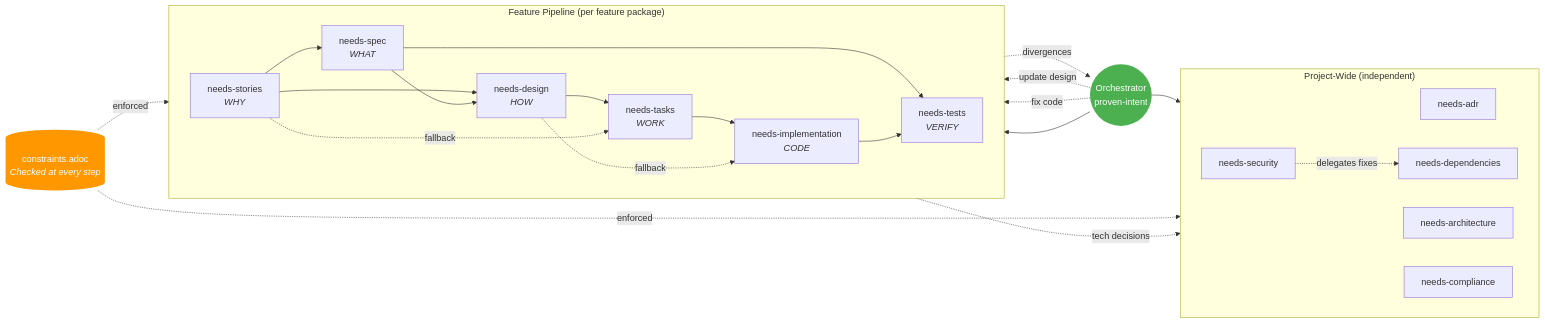
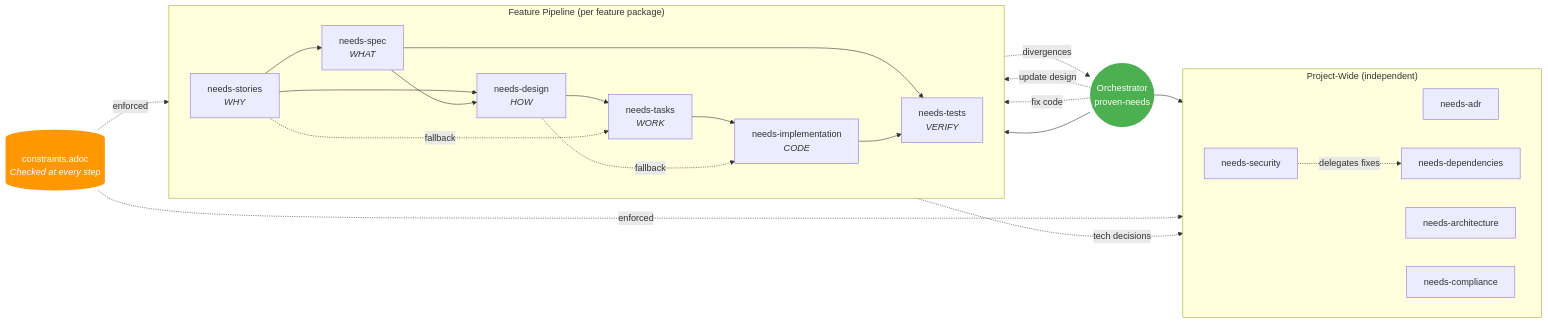
The second of 6 diagrams in README.md (provenimpact/proven-needs), drawn with Mermaid before and after one commit. The commit also changed other lines of this file and 14 other files, not shown here.

Commit message:
refactor: rename proven-intent to proven-needs

````diff
--- a/README.md
+++ b/README.md
@@ -54,46 +54,46 @@
 ```mermaid
 flowchart LR
     subgraph feature ["Feature Pipeline (per feature package)"]
         direction LR
         STORIES["needs-stories<br/><i>WHY</i>"]
         SPEC["needs-spec<br/><i>WHAT</i>"]
         DESIGN["needs-design<br/><i>HOW</i>"]
         TASKS["needs-tasks<br/><i>WORK</i>"]
         IMPL["needs-implementation<br/><i>CODE</i>"]
         TESTS["needs-tests<br/><i>VERIFY</i>"]
 
         STORIES --> SPEC
         STORIES --> DESIGN
         SPEC --> DESIGN
         DESIGN --> TASKS
         STORIES -.->|fallback| TASKS
         TASKS --> IMPL
         DESIGN -.->|fallback| IMPL
         SPEC --> TESTS
         IMPL --> TESTS
     end
 
     subgraph project ["Project-Wide (independent)"]
         direction LR
         ADR["needs-adr"]
         ARCH["needs-architecture"]
         DEPS["needs-dependencies"]
         SEC["needs-security"]
         COMP["needs-compliance"]
     end
 
-    INTENT((Orchestrator<br/>proven-intent)) --> feature
+    INTENT((Orchestrator<br/>proven-needs)) --> feature
     INTENT --> project
 
     DESIGN -.->|tech decisions| ADR
     SEC -.->|delegates fixes| DEPS
     IMPL -.->|divergences| INTENT
     INTENT -.->|update design| DESIGN
     INTENT -.->|fix code| IMPL
 
     CONSTRAINTS[("constraints.adoc<br/><i>Checked at every step</i>")] -.->|enforced| feature
     CONSTRAINTS -.->|enforced| project
 
     style INTENT fill:#4CAF50,color:#fff,stroke:none
     style CONSTRAINTS fill:#FF9800,color:#fff,stroke:none
 ```
````
